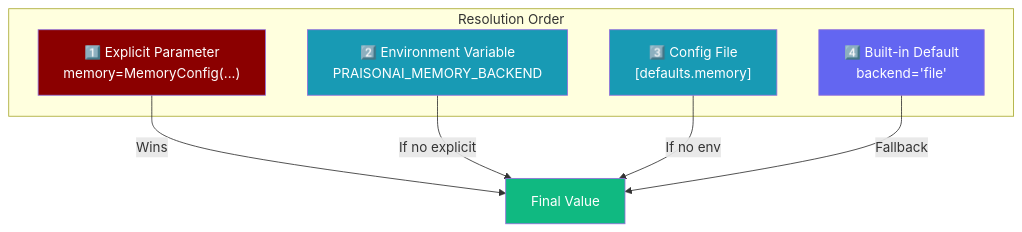
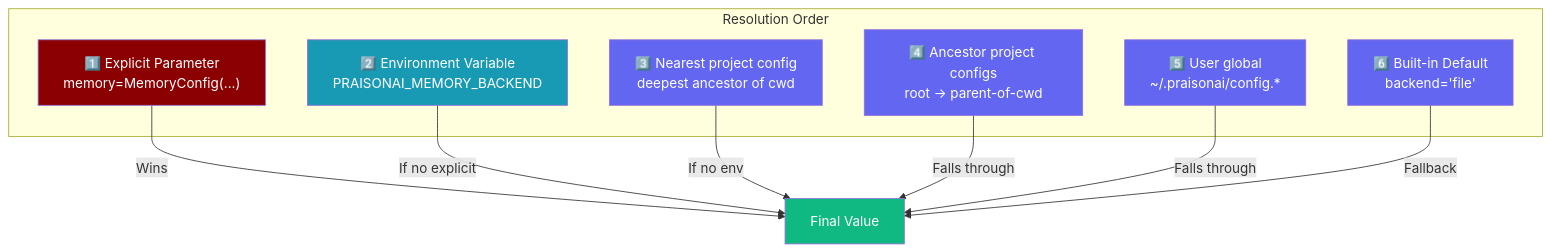
One commit to MervinPraison/PraisonAIDocs changed the seventh of 7 diagrams in docs/features/config-file.mdx. Above: the diagram before and after it, drawn with Mermaid. The commit also changed other lines of this file and 2 other files, not shown here.

First line of the commit message:
docs: update Configuration File page for deep-merge + ancestor discovery (fixes #3370)

````diff
--- a/docs/features/config-file.mdx
+++ b/docs/features/config-file.mdx
@@ -751,20 +843,26 @@
 ```mermaid
 flowchart TB
     subgraph "Resolution Order"
         EXPLICIT["1️⃣ Explicit Parameter<br/>memory=MemoryConfig(...)"]
         ENV["2️⃣ Environment Variable<br/>PRAISONAI_MEMORY_BACKEND"]
-        CONFIG["3️⃣ Config File<br/>[defaults.memory]"]
-        DEFAULT["4️⃣ Built-in Default<br/>backend='file'"]
+        NEAREST["3️⃣ Nearest project config<br/>deepest ancestor of cwd"]
+        ANCESTOR["4️⃣ Ancestor project configs<br/>root → parent-of-cwd"]
+        GLOBAL["5️⃣ User global<br/>~/.praisonai/config.*"]
+        DEFAULT["6️⃣ Built-in Default<br/>backend='file'"]
     end
     
     EXPLICIT --> |"Wins"| RESULT["Final Value"]
     ENV --> |"If no explicit"| RESULT
-    CONFIG --> |"If no env"| RESULT
+    NEAREST --> |"If no env"| RESULT
+    ANCESTOR --> |"Falls through"| RESULT
+    GLOBAL --> |"Falls through"| RESULT
     DEFAULT --> |"Fallback"| RESULT
     
     style EXPLICIT fill:#8B0000,color:#fff
     style ENV fill:#189AB4,color:#fff
-    style CONFIG fill:#189AB4,color:#fff
+    style NEAREST fill:#6366F1,color:#fff
+    style ANCESTOR fill:#6366F1,color:#fff
+    style GLOBAL fill:#6366F1,color:#fff
     style DEFAULT fill:#6366F1,color:#fff
     style RESULT fill:#10B981,color:#fff
 ```
````
